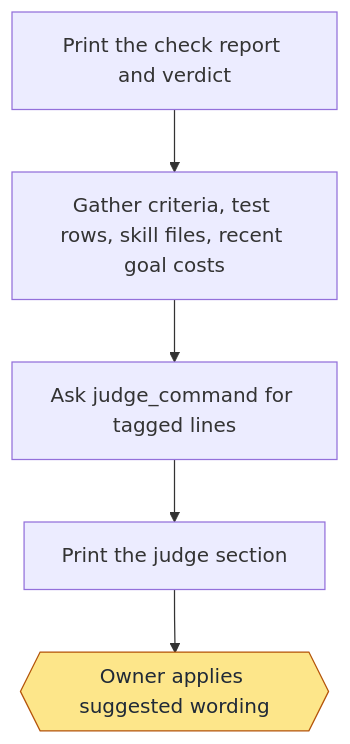
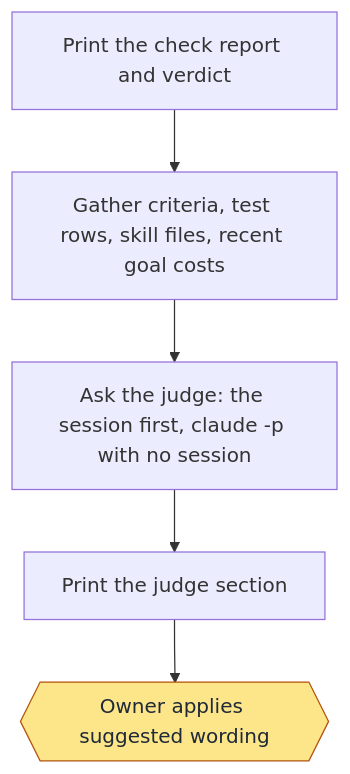
Before and after one commit to jcl2018/agent-workflow-template: the fourth of 4 diagrams in skills/workflow-health/references/commands.md, drawn with Mermaid. The commit also changed other lines of this file and 8 other files, not shown here.

First line of the commit message:
health-prd: the judge is the session first, claude -p only with no session (owner's rule)

````diff
--- a/skills/workflow-health/references/commands.md
+++ b/skills/workflow-health/references/commands.md
@@ -155,14 +160,14 @@
 ```mermaid
 flowchart TD
   a["Print the check report and verdict"]
   b["Gather criteria, test rows, skill files, recent goal costs"]
-  c["Ask judge_command for tagged lines"]
+  c["Ask the judge: the session first, claude -p with no session"]
   d["Print the judge section"]
   e{{"Owner applies suggested wording"}}
   a --> b
   b --> c
   c --> d
   d --> e
   classDef owner fill:#fde68a,stroke:#b45309,color:#1f2937
   class e owner
 ```
````
